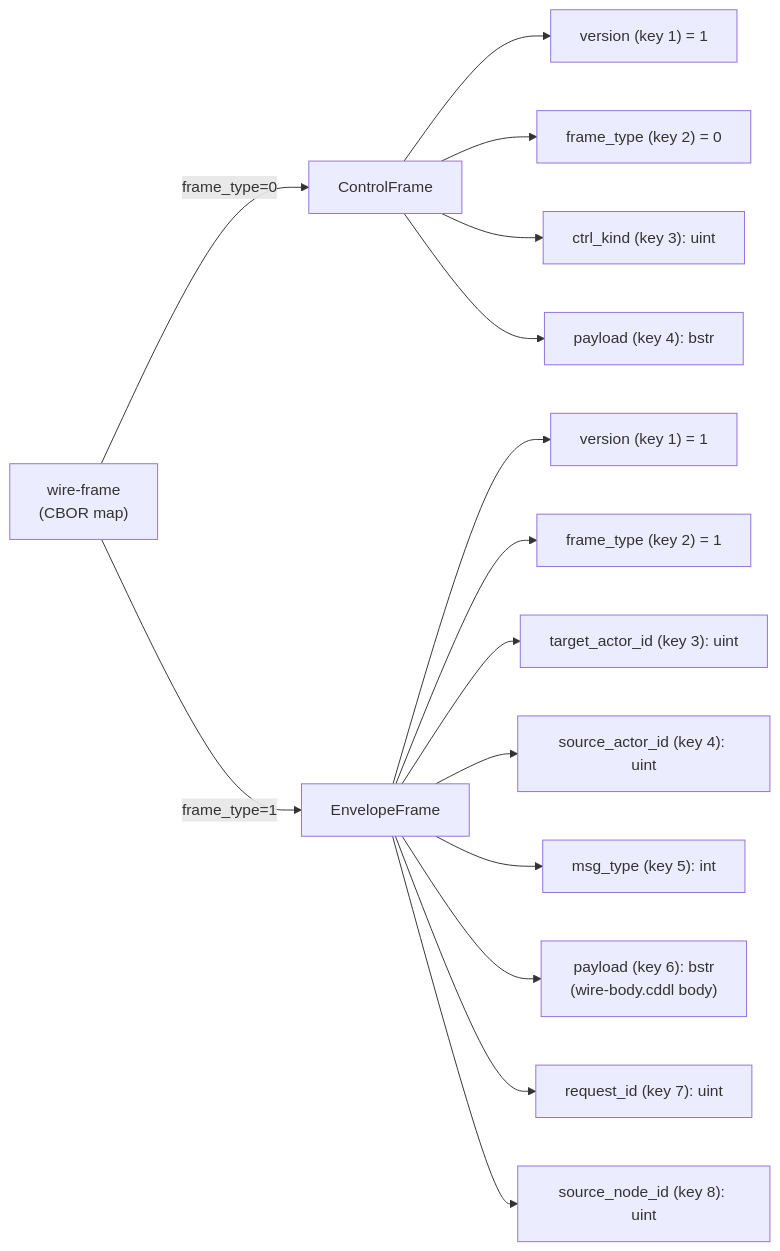
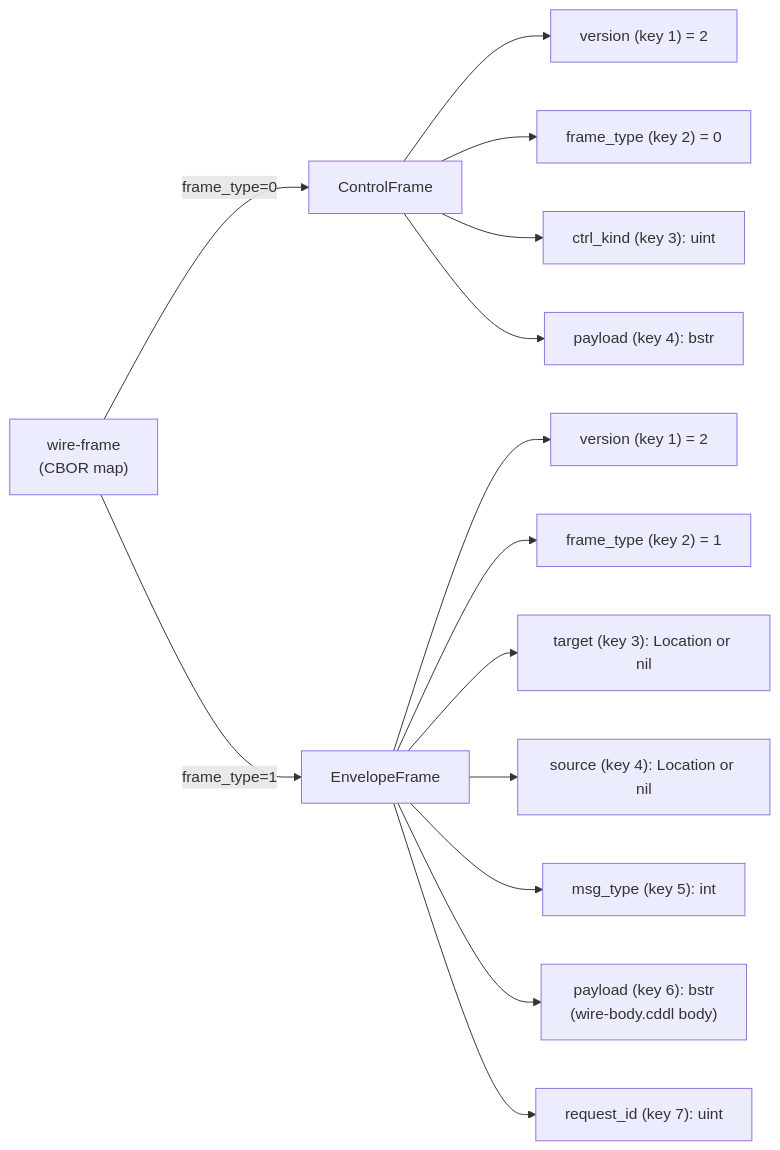
The sixth of 7 diagrams in docs/diagrams.md (hew-lang/hew), drawn with Mermaid before and after one commit. The commit also changed other lines of this file and 9 other files, not shown here.

````diff
--- a/docs/diagrams.md
+++ b/docs/diagrams.md
@@ -274,19 +280,18 @@
 ```mermaid
 flowchart LR
     F["wire-frame<br/>(CBOR map)"] -->|"frame_type=0"| CF["ControlFrame"]
     F -->|"frame_type=1"| EF["EnvelopeFrame"]
 
-    CF --> CV["version (key 1) = 1"]
+    CF --> CV["version (key 1) = 2"]
     CF --> CT["frame_type (key 2) = 0"]
     CF --> CK["ctrl_kind (key 3): uint"]
     CF --> CP["payload (key 4): bstr"]
 
-    EF --> EV["version (key 1) = 1"]
+    EF --> EV["version (key 1) = 2"]
     EF --> ET["frame_type (key 2) = 1"]
-    EF --> EA["target_actor_id (key 3): uint"]
-    EF --> ES["source_actor_id (key 4): uint"]
+    EF --> EA["target (key 3): Location or nil"]
+    EF --> ES["source (key 4): Location or nil"]
     EF --> EM["msg_type (key 5): int"]
     EF --> EP["payload (key 6): bstr<br/>(wire-body.cddl body)"]
     EF --> ER["request_id (key 7): uint"]
-    EF --> EN["source_node_id (key 8): uint"]
 ```
````
